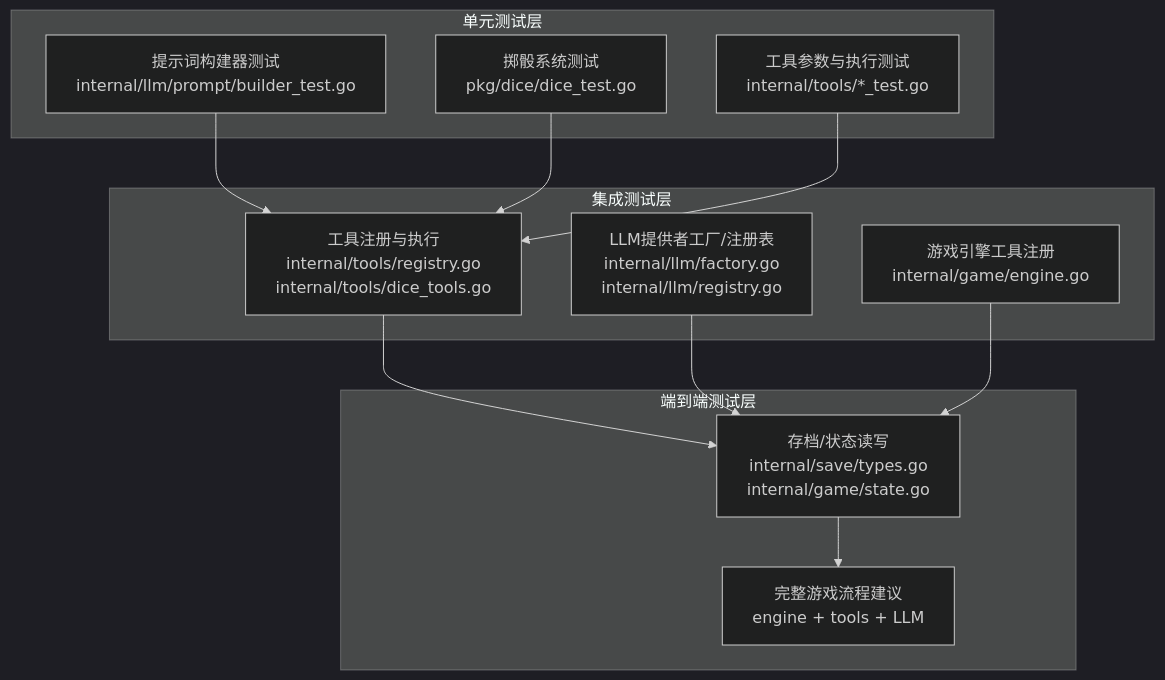
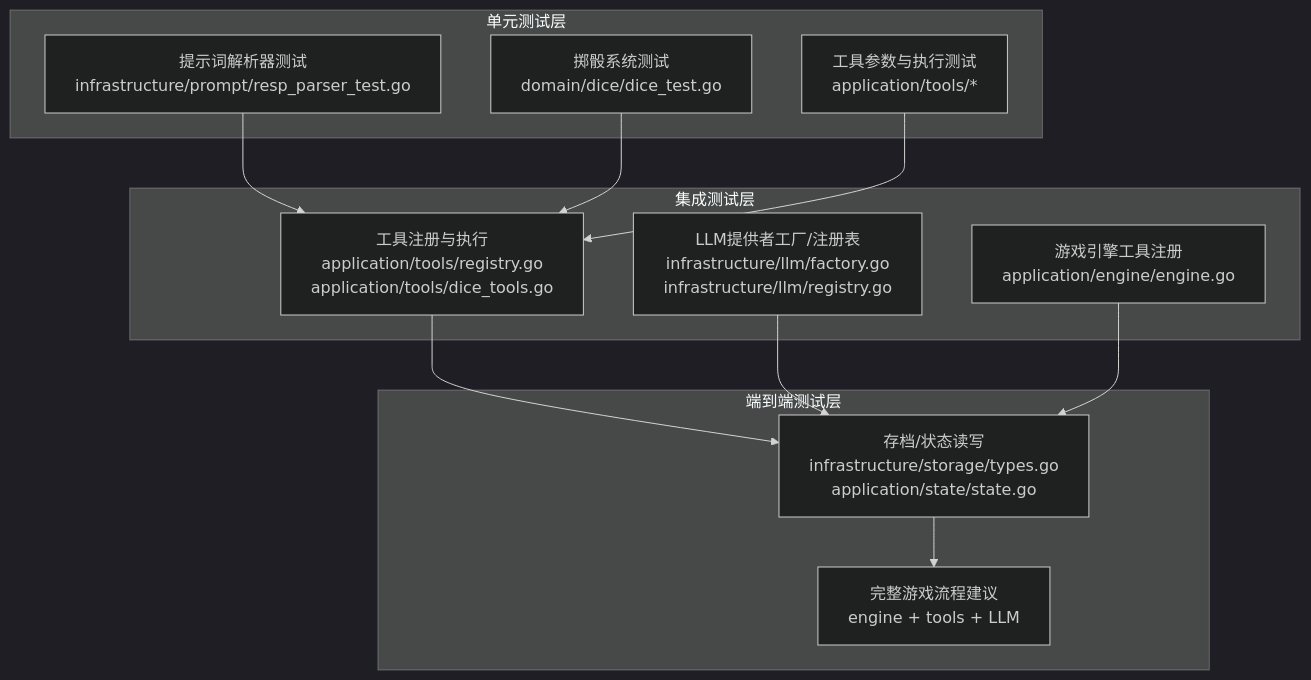
One commit to zwh8800/cdnd changed the second of 8 diagrams in .qoder/repowiki/zh/content/测试与质量保证.md. Above: the diagram before and after it, drawn with Mermaid (dark theme). The commit also changed other lines of this file and 2 other files, not shown here.

````diff
--- a/.qoder/repowiki/zh/content/测试与质量保证.md
+++ b/.qoder/repowiki/zh/content/测试与质量保证.md
@@ -117,24 +116,24 @@
 ```mermaid
 graph TB
 subgraph "单元测试层"
-U1["提示词构建器测试<br/>internal/llm/prompt/builder_test.go"]
-U2["掷骰系统测试<br/>pkg/dice/dice_test.go"]
-U3["工具参数与执行测试<br/>internal/tools/*_test.go"]
+U1["提示词解析器测试<br/>infrastructure/prompt/resp_parser_test.go"]
+U2["掷骰系统测试<br/>domain/dice/dice_test.go"]
+U3["工具参数与执行测试<br/>application/tools/*"]
 end
 subgraph "集成测试层"
-I1["工具注册与执行<br/>internal/tools/registry.go<br/>internal/tools/dice_tools.go"]
-I2["LLM提供者工厂/注册表<br/>internal/llm/factory.go<br/>internal/llm/registry.go"]
-I3["游戏引擎工具注册<br/>internal/game/engine.go"]
+I1["工具注册与执行<br/>application/tools/registry.go<br/>application/tools/dice_tools.go"]
+I2["LLM提供者工厂/注册表<br/>infrastructure/llm/factory.go<br/>infrastructure/llm/registry.go"]
+I3["游戏引擎工具注册<br/>application/engine/engine.go"]
 end
 subgraph "端到端测试层"
-E1["存档/状态读写<br/>internal/save/types.go<br/>internal/game/state.go"]
+E1["存档/状态读写<br/>infrastructure/storage/types.go<br/>application/state/state.go"]
 E2["完整游戏流程建议<br/>engine + tools + LLM"]
 end
 U1 --> I1
 U2 --> I1
 U3 --> I1
 I1 --> E1
 I2 --> E1
 I3 --> E1
 E1 --> E2
 ```
````
